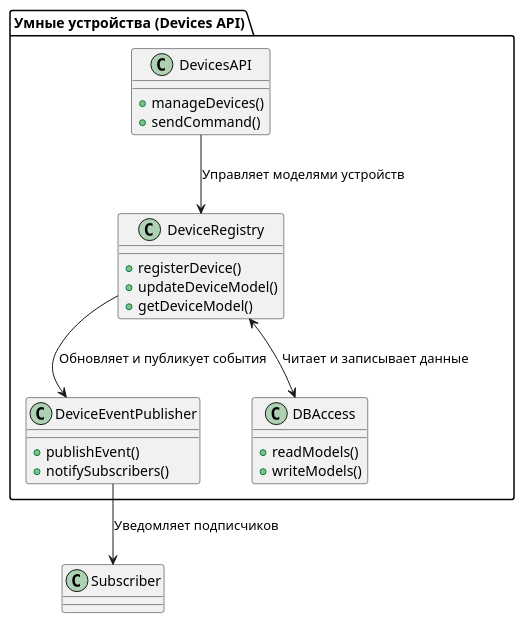
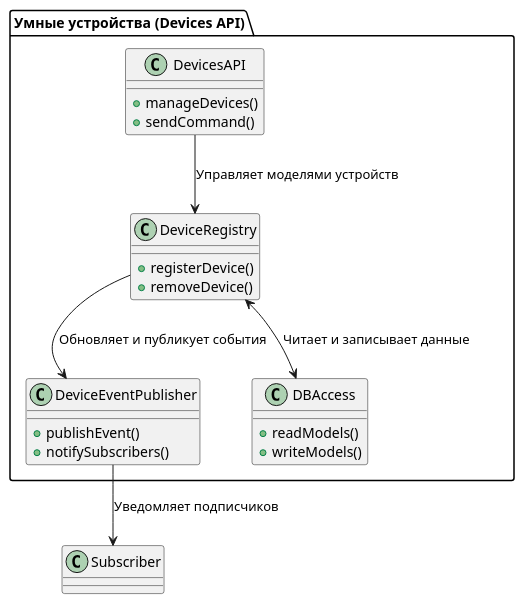
The diagram in docs/devices_code.puml (Savonaro1a/architecture-warmhouse), drawn with PlantUML before and after one commit. The commit also changed 5 other files, not shown here.

```diff
--- a/docs/devices_code.puml
+++ b/docs/devices_code.puml
@@ -1,30 +1,29 @@
 @startuml
 
 package "Умные устройства (Devices API)" {
   class DevicesAPI {
     +manageDevices()
     +sendCommand()
   }
 
   class DeviceRegistry {
     +registerDevice()
-    +updateDeviceModel()
-    +getDeviceModel()
+    +removeDevice()
   }
 
   class DeviceEventPublisher {
     +publishEvent()
     +notifySubscribers()
   }
 
   class DBAccess {
     +readModels()
     +writeModels()
   }
 }
 
 DevicesAPI --> DeviceRegistry : Управляет моделями устройств
 DeviceRegistry --> DeviceEventPublisher : Обновляет и публикует события
 DeviceRegistry <--> DBAccess : Читает и записывает данные
 DeviceEventPublisher --> Subscriber : Уведомляет подписчиков
 @enduml
```
